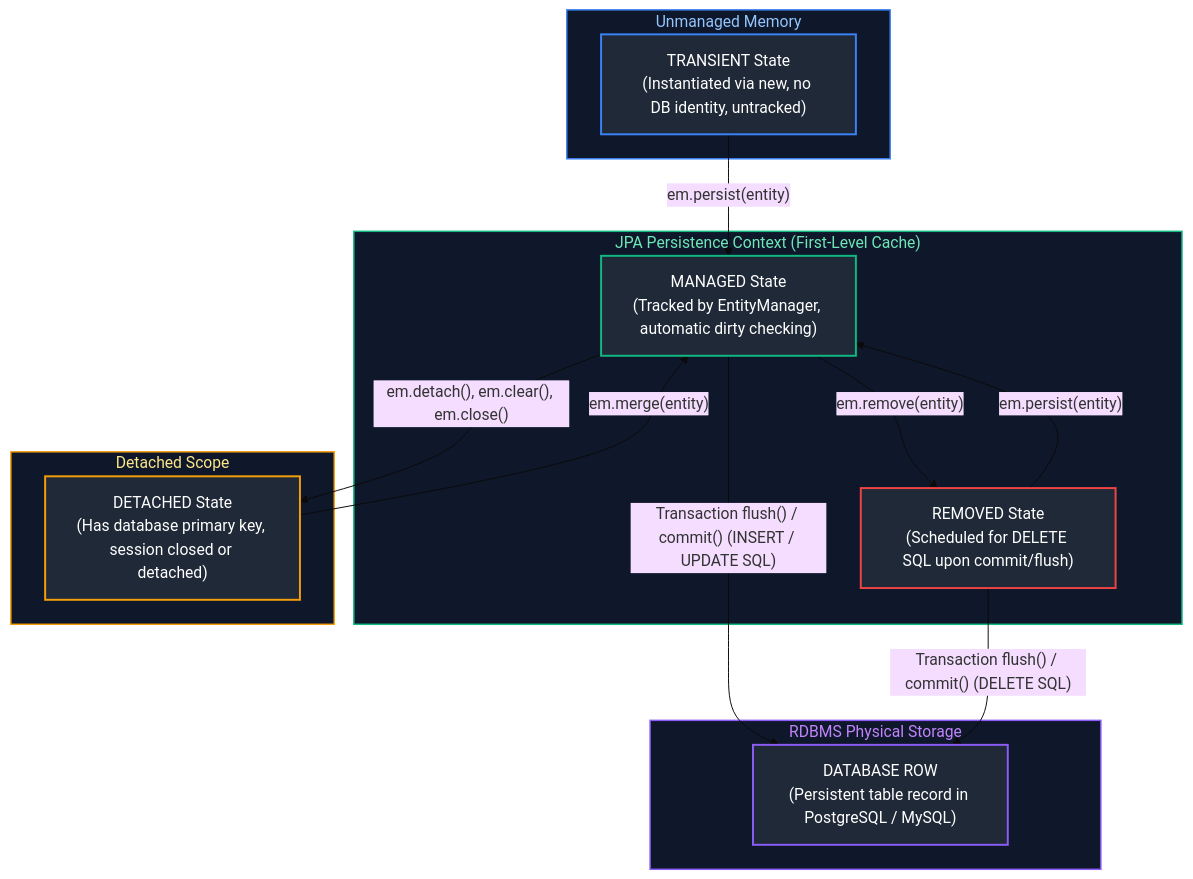
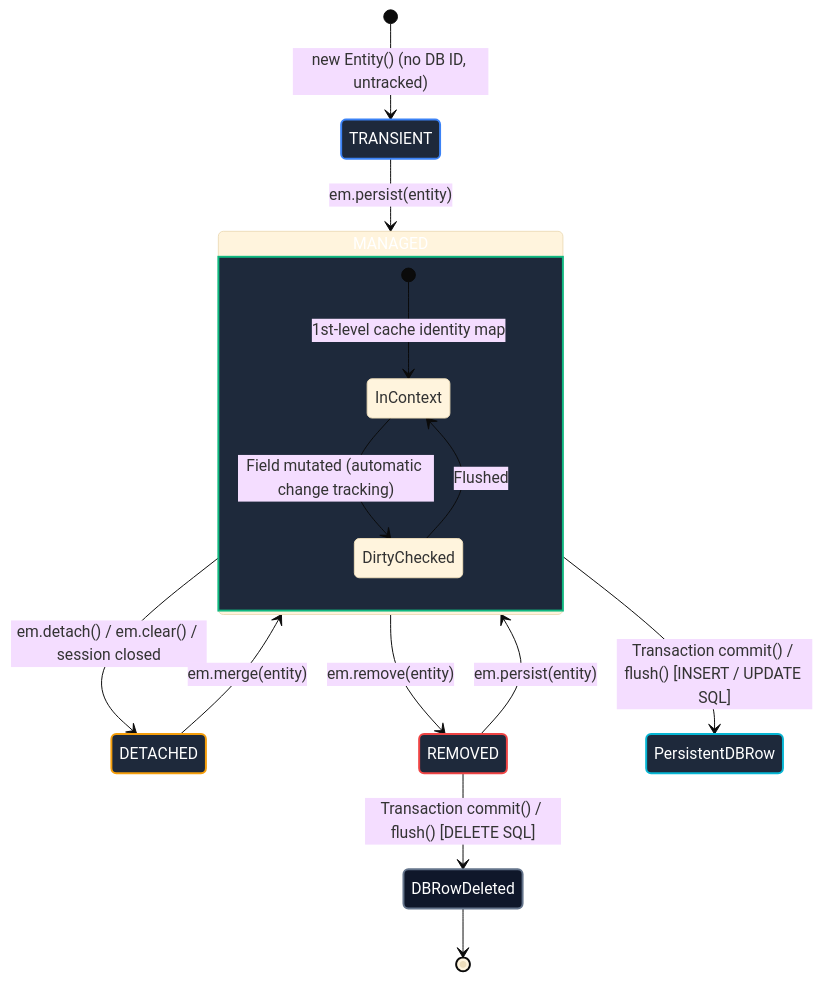
The second of 6 diagrams in Java Backend Engineering/10_spring_data_jdbc_jpa_hibernate_transactions.md (joydeep-biswas/Interview-Preparation), drawn with Mermaid (base theme) before and after one commit. The commit also changed other lines of this file and 76 other files, not shown here.

Commit message:
Updated Charts

````diff
--- a/Java Backend Engineering/10_spring_data_jdbc_jpa_hibernate_transactions.md
+++ b/Java Backend Engineering/10_spring_data_jdbc_jpa_hibernate_transactions.md
@@ -162,38 +162,37 @@
 ```mermaid
-flowchart TD
-    subgraph TransientPool ["Unmanaged Memory"]
-        TransientState["TRANSIENT State<br/>(Instantiated via new, no DB identity, untracked)"]
-    end
+stateDiagram-v2
+    classDef transient fill:#1e293b,stroke:#3b82f6,stroke-width:2px,color:#ffffff
+    classDef managed fill:#1e293b,stroke:#10b981,stroke-width:2px,color:#ffffff
+    classDef detached fill:#1e293b,stroke:#f59e0b,stroke-width:2px,color:#ffffff
+    classDef removed fill:#1e293b,stroke:#ef4444,stroke-width:2px,color:#ffffff
+    classDef persisted fill:#1e293b,stroke:#06b6d4,stroke-width:2px,color:#ffffff
+    classDef deleted fill:#0f172a,stroke:#64748b,stroke-width:2px,color:#ffffff
 
-    subgraph PersistenceContext ["JPA Persistence Context (First-Level Cache)"]
-        ManagedState["MANAGED State<br/>(Tracked by EntityManager, automatic dirty checking)"]
-        RemovedState["REMOVED State<br/>(Scheduled for DELETE SQL upon commit/flush)"]
-    end
+    [*] --> TRANSIENT: new Entity() (no DB ID, untracked)
+    
+    TRANSIENT --> MANAGED: em.persist(entity)
+    
+    state MANAGED {
+        [*] --> InContext: 1st-level cache identity map
+        InContext --> DirtyChecked: Field mutated (automatic change tracking)
+        DirtyChecked --> InContext: Flushed
+    }
 
-    subgraph DetachedPool ["Detached Scope"]
-        DetachedState["DETACHED State<br/>(Has database primary key, session closed or detached)"]
-    end
+    MANAGED --> DETACHED: em.detach() / em.clear() / session closed
+    DETACHED --> MANAGED: em.merge(entity)
+    
+    MANAGED --> REMOVED: em.remove(entity)
+    REMOVED --> MANAGED: em.persist(entity)
 
-    subgraph DatabaseTier ["RDBMS Physical Storage"]
-        DbRecord["DATABASE ROW<br/>(Persistent table record in PostgreSQL / MySQL)"]
-    end
+    MANAGED --> PersistentDBRow: Transaction commit() / flush() [INSERT / UPDATE SQL]
+    REMOVED --> DBRowDeleted: Transaction commit() / flush() [DELETE SQL]
+    
+    DBRowDeleted --> [*]
 
-    TransientState -->|"em.persist(entity)"| ManagedState
-    ManagedState -->|"em.detach(), em.clear(), em.close()"| DetachedState
-    DetachedState -->|"em.merge(entity)"| ManagedState
-    ManagedState -->|"em.remove(entity)"| RemovedState
-    RemovedState -->|"em.persist(entity)"| ManagedState
-    ManagedState -->|"Transaction flush() / commit() (INSERT / UPDATE SQL)"| DbRecord
-    RemovedState -->|"Transaction flush() / commit() (DELETE SQL)"| DbRecord
-
-    style TransientPool fill:#0f172a,stroke:#3b82f6,stroke-width:1.5px,color:#93c5fd
-    style PersistenceContext fill:#0f172a,stroke:#10b981,stroke-width:1.5px,color:#6ee7b7
-    style DetachedPool fill:#0f172a,stroke:#f59e0b,stroke-width:1.5px,color:#fde68a
-    style DatabaseTier fill:#0f172a,stroke:#8b5cf6,stroke-width:1.5px,color:#c084fc
-
-    style TransientState fill:#1f2937,stroke:#3b82f6,stroke-width:2px,color:#fff
-    style ManagedState fill:#1f2937,stroke:#10b981,stroke-width:2px,color:#fff
-    style RemovedState fill:#1f2937,stroke:#ef4444,stroke-width:2px,color:#fff
-    style DetachedState fill:#1f2937,stroke:#f59e0b,stroke-width:2px,color:#fff
-    style DbRecord fill:#1f2937,stroke:#8b5cf6,stroke-width:2px,color:#fff
+    class TRANSIENT transient
+    class MANAGED managed
+    class DETACHED detached
+    class REMOVED removed
+    class PersistentDBRow persisted
+    class DBRowDeleted deleted
 ```
````
